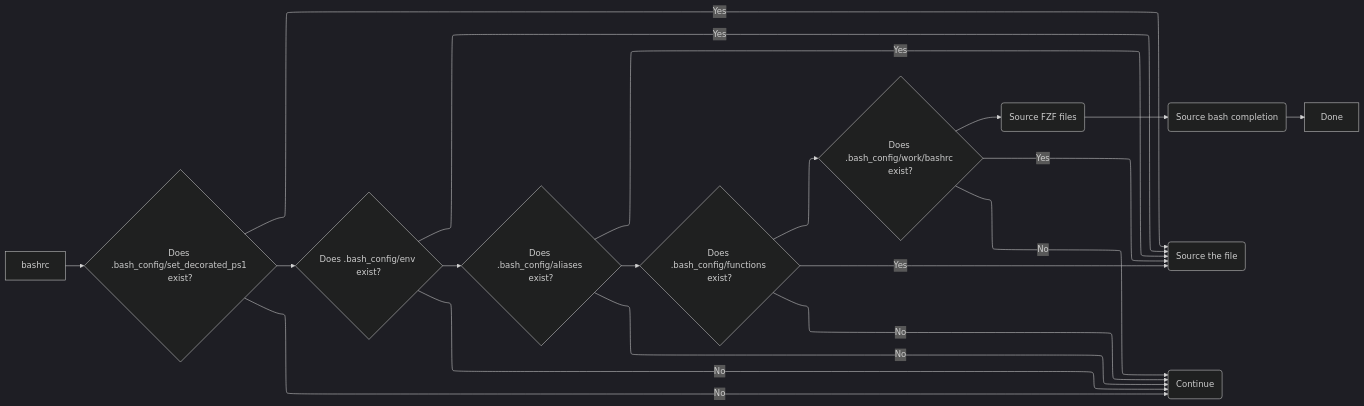
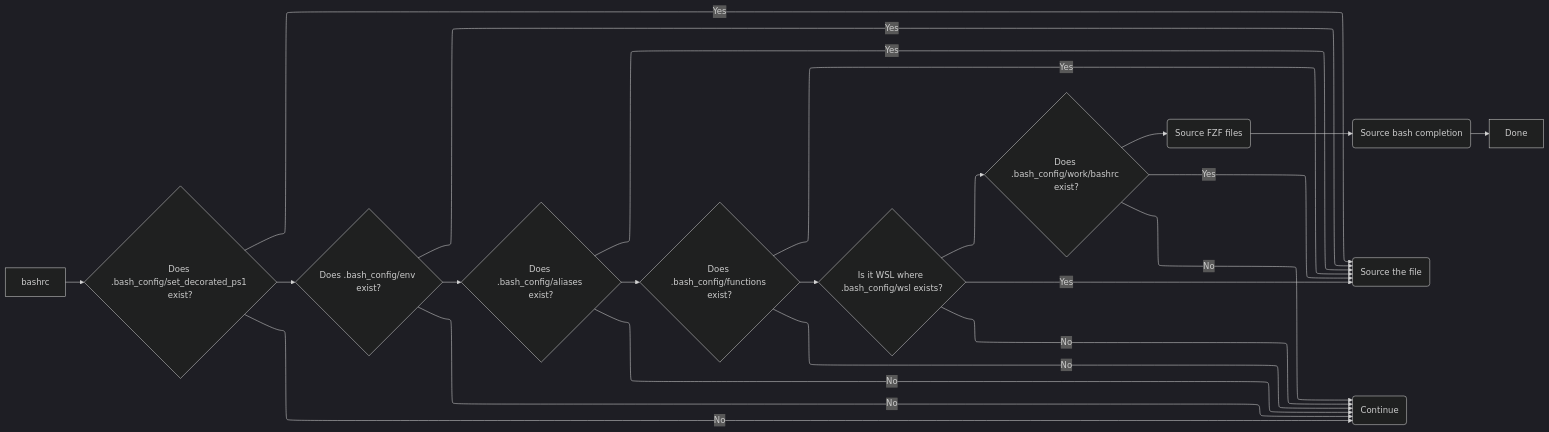
One commit to onurozuduru/dotfiles changed the diagram in README.md. Above: the diagram before and after it, drawn with Mermaid (dark theme). The commit also changed 2 other files, not shown here.

Commit message:
Add file open fucntion for WSL

````diff
--- a/README.md
+++ b/README.md
@@ -16,24 +16,27 @@
 ```mermaid
 flowchart-elk LR
 %% Main flow
   BASHRC[bashrc] --> PS1{Does .bash_config/set_decorated_ps1 exist?}
   PS1 --> ENV{Does .bash_config/env exist?}
   ENV --> ALIASES{Does .bash_config/aliases exist?}
   ALIASES --> FUNCTIONS{Does .bash_config/functions exist?}
-  FUNCTIONS --> WORK{Does .bash_config/work/bashrc exist?}
+  FUNCTIONS --> WSL{Is it WSL where .bash_config/wsl exists?}
+  WSL --> WORK{Does .bash_config/work/bashrc exist?}
   WORK --> FZF(Source FZF files)
   FZF --> COMP(Source bash completion)
   COMP --> DONE[Done]
 %% Yes branch
   PS1 --> |Yes| SOURCE(Source the file)
   ENV --> |Yes| SOURCE
   ALIASES --> |Yes| SOURCE
   FUNCTIONS --> |Yes| SOURCE
+  WSL --> |Yes| SOURCE
   WORK --> |Yes| SOURCE
 %% No branch
   PS1 --> |No| CONTINUE(Continue)
   ENV --> |No| CONTINUE
   ALIASES --> |No| CONTINUE
   FUNCTIONS --> |No| CONTINUE
+  WSL --> |No| CONTINUE
   WORK --> |No| CONTINUE
 ```
````
